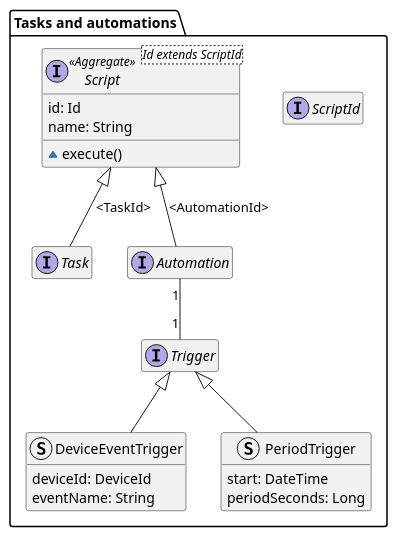
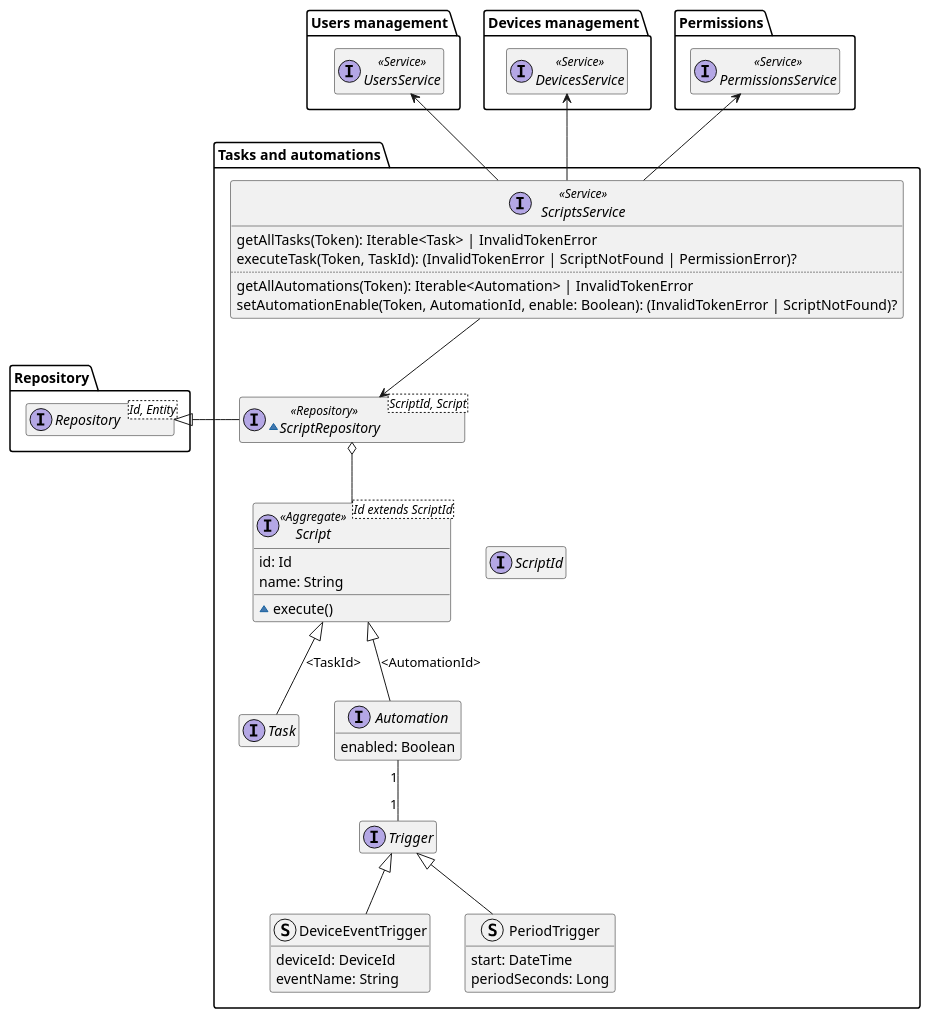
The diagram in diagrams/src/tasks-and-automations-domain-model.puml (DomoticASW/.github), drawn with PlantUML before and after one commit. The commit also changed 1 other file, not shown here.

Commit message:
Add repositories and service dependencies to tasks and automations diagram

```diff
--- a/diagrams/src/tasks-and-automations-domain-model.puml
+++ b/diagrams/src/tasks-and-automations-domain-model.puml
@@ -1,46 +1,70 @@
 @startuml tasks-and-automations-domain-model
 
 hide empty members
-' package Repository{
-'     interface Repository<Id, Entity>
-' }
+package Repository{
+    interface Repository<Id, Entity>
+}
 
-' package "Users management" as UsersManagement {
-'     interface UsersService <<Service>>
-' }
+package "Users management" as UsersManagement {
+    interface UsersService <<Service>>
+}
 
-' package "Devices management" as DevicesManagement {
-'     interface DevicesService <<Service>>
-' }
+package "Devices management" as DevicesManagement {
+    interface DevicesService <<Service>>
+}
+
+package Permissions {
+    interface PermissionsService <<Service>>
+}
 
 package "Tasks and automations" {
 
     interface ScriptId
 
     interface Script<Id extends ScriptId> <<Aggregate>> {
         id: Id
         name: String
         ~execute()
     }
 
     interface Task
-    interface Automation
+    interface Automation {
+        enabled: Boolean
+    }
 
     interface Trigger
 
     struct DeviceEventTrigger extends Trigger {
         deviceId: DeviceId
         eventName: String
     }
 
     struct PeriodTrigger extends Trigger {
         start: DateTime
         periodSeconds: Long
     }
 
+    ~interface ScriptRepository<ScriptId, Script> <<Repository>> {
+    }
+    ScriptRepository -l-|> Repository.Repository
+    ScriptRepository o-- Script
+
+    interface ScriptsService <<Service>> {
+        getAllTasks(Token): Iterable<Task> | InvalidTokenError
+        executeTask(Token, TaskId): (InvalidTokenError | ScriptNotFound | PermissionError)?
+        ..
+        getAllAutomations(Token): Iterable<Automation> | InvalidTokenError
+        setAutomationEnable(Token, AutomationId, enable: Boolean): (InvalidTokenError | ScriptNotFound)?
+    }
+
+    Script -[hidden] ScriptId
     Script <|-- Task : "<TaskId>"
     Script <|-- Automation : "<AutomationId>"
     Automation "1" -- "1" Trigger
+    ScriptsService --> ScriptRepository
+    ScriptsService -u-> Permissions.PermissionsService
+    ScriptsService -u-> DevicesManagement.DevicesService
+    ScriptsService -u-> UsersManagement.UsersService
 }
 
 @enduml
```
